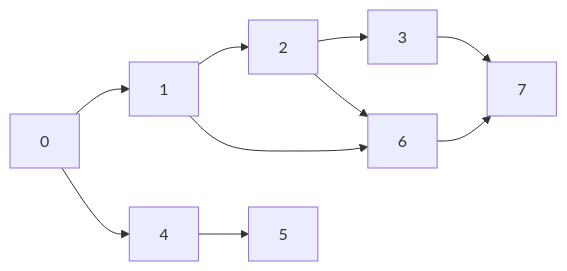
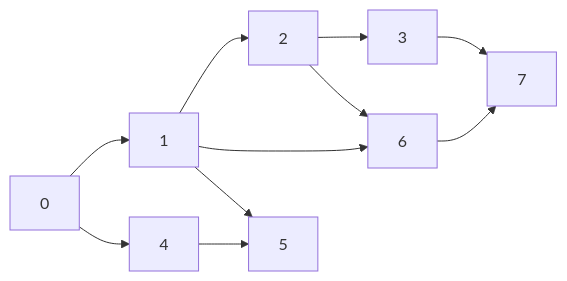
One commit to Prog-up/Cours-Info changed diagram 28 of 32 in Chap_10.md. Above: the diagram before and after it, drawn with Mermaid. The commit also changed other lines of this file and 3 other files, not shown here.

````diff
--- a/Chap_10.md
+++ b/Chap_10.md
@@ -1270,7 +1271,8 @@
 ```mermaid
 flowchart LR
 	0 --> 1 --> 2 --> 3 --> 7
 	0 --> 4 --> 5
 	1 --> 6 --> 7
+	1 --> 5
 	2 --> 6
 ```
````
